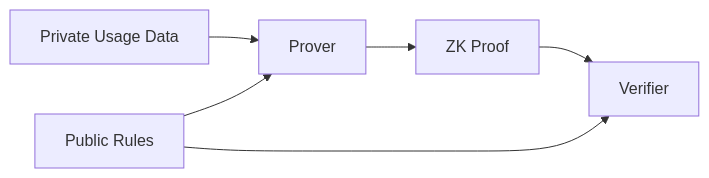
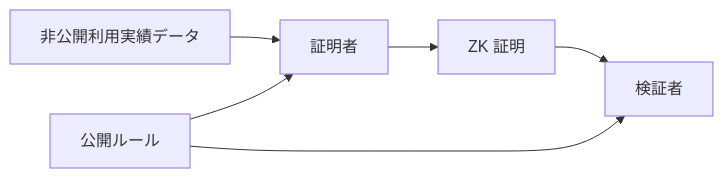
One commit to ShigeichiroYamasaki/creator-first-platform changed the ninth of 43 diagrams in docs/whitepaper/09-technology.md. Above: the diagram before and after it, drawn with Mermaid. The commit also changed other lines of this file and 72 other files, not shown here.

````diff
--- a/docs/whitepaper/09-technology.md
+++ b/docs/whitepaper/09-technology.md
@@ -366,14 +366,14 @@
 ```mermaid
 flowchart LR
-    PRIVATE[Private Usage Data]
-    RULE[Public Rules]
-    PROVER[Prover]
-    PROOF[ZK Proof]
-    VERIFIER[Verifier]
+    PRIVATE[非公開利用実績データ]
+    RULE[公開ルール]
+    PROVER[証明者]
+    PROOF[ZK 証明]
+    VERIFIER[検証者]
 
     PRIVATE --> PROVER
     RULE --> PROVER
     PROVER --> PROOF
     RULE --> VERIFIER
     PROOF --> VERIFIER
 ```
````
